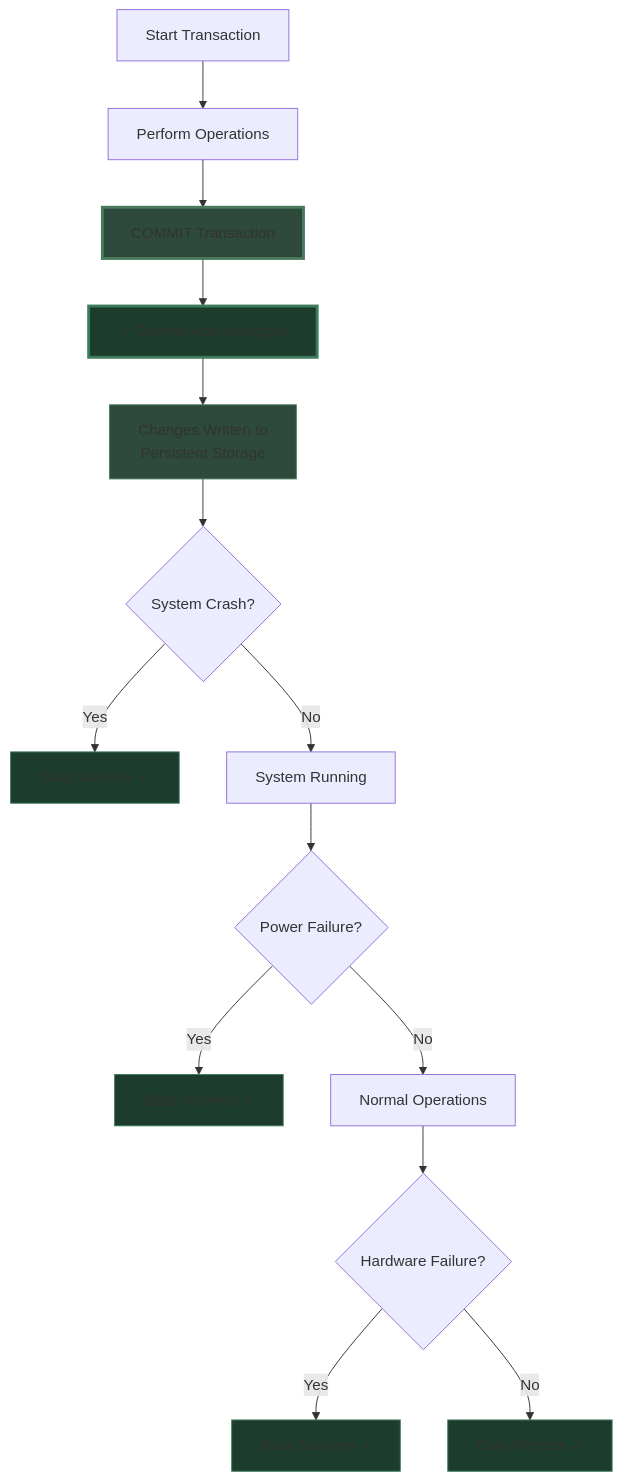
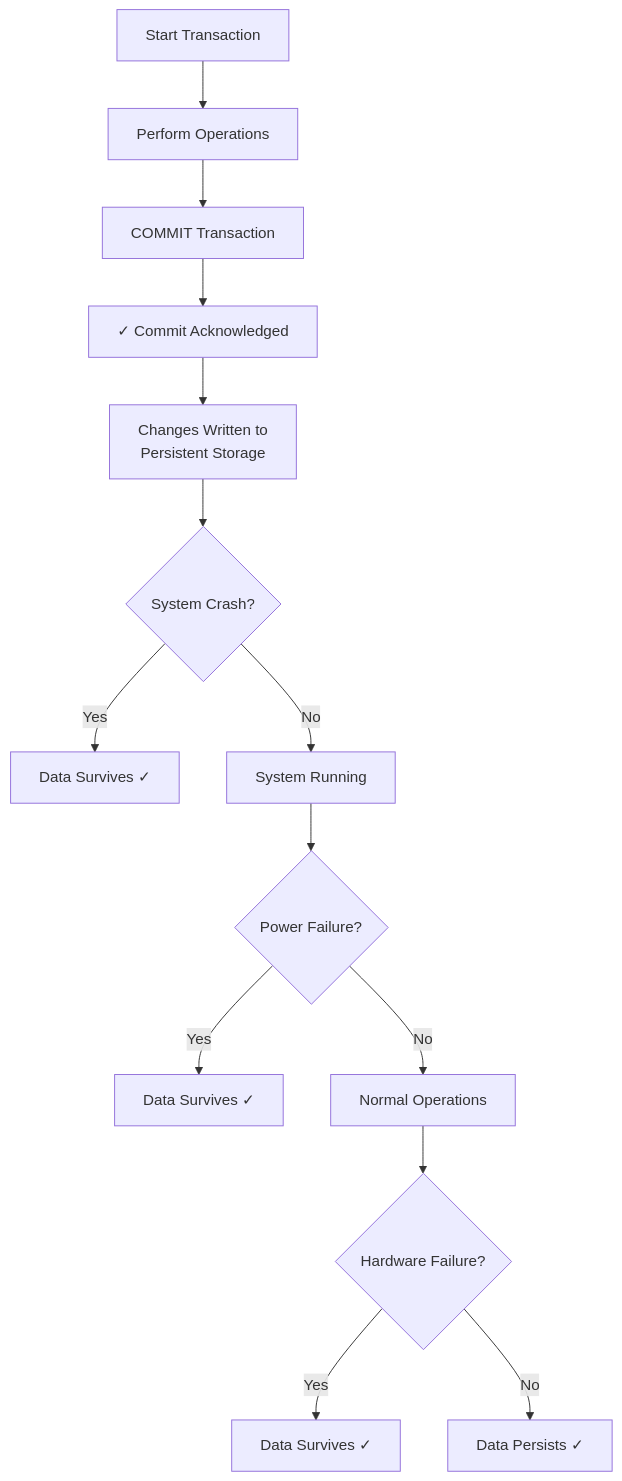
One commit to Yash-Kavaiya/The-System-Design-Masterclass changed the seventh of 9 diagrams in system design beginner/55. Relational Databases.md. Above: the diagram before and after it, drawn with Mermaid. The commit also changed other lines of this file, not shown here.

````diff
--- a/system design beginner/55. Relational Databases.md
+++ b/system design beginner/55. Relational Databases.md
@@ -288,28 +260,21 @@
 ```mermaid
 graph TB
     START[Start Transaction] --> OPS[Perform Operations]
     OPS --> COMMIT[COMMIT Transaction]
     COMMIT --> ACK[✓ Commit Acknowledged]
     
     ACK --> PERSIST[Changes Written to<br/>Persistent Storage]
     
     PERSIST --> EVENT1{System Crash?}
     EVENT1 -->|Yes| SAFE1[Data Survives ✓]
     EVENT1 -->|No| CONTINUE[System Running]
     
     CONTINUE --> EVENT2{Power Failure?}
     EVENT2 -->|Yes| SAFE2[Data Survives ✓]
     EVENT2 -->|No| NORMAL[Normal Operations]
     
     NORMAL --> EVENT3{Hardware Failure?}
     EVENT3 -->|Yes| SAFE3[Data Survives ✓]
     EVENT3 -->|No| SAFE4[Data Persists ✓]
     
-    style COMMIT fill:#2d4a3c,stroke:#4a7c5c,stroke-width:3px
-    style ACK fill:#1c3d2d,stroke:#3c7c5c,stroke-width:3px
-    style PERSIST fill:#2d4a3c,stroke:#4a7c5c
-    style SAFE1 fill:#1c3d2d,stroke:#3c7c5c
-    style SAFE2 fill:#1c3d2d,stroke:#3c7c5c
-    style SAFE3 fill:#1c3d2d,stroke:#3c7c5c
-    style SAFE4 fill:#1c3d2d,stroke:#3c7c5c
 ```
````
